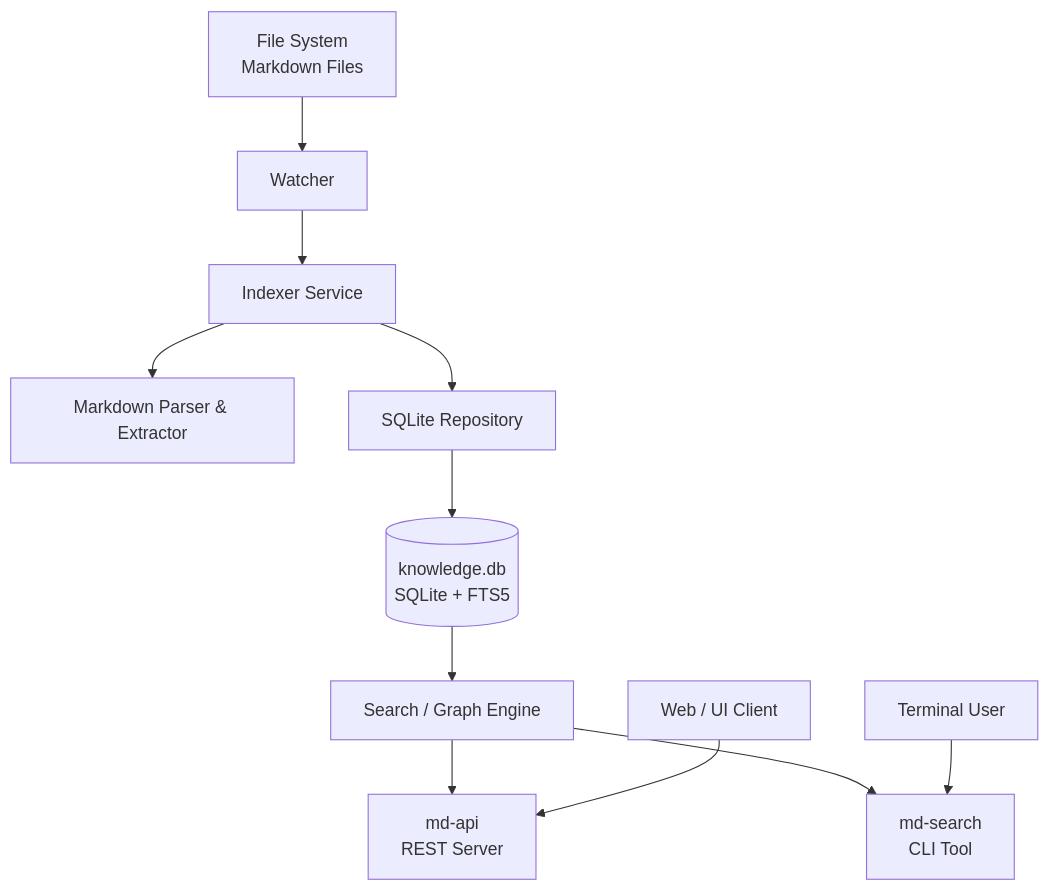
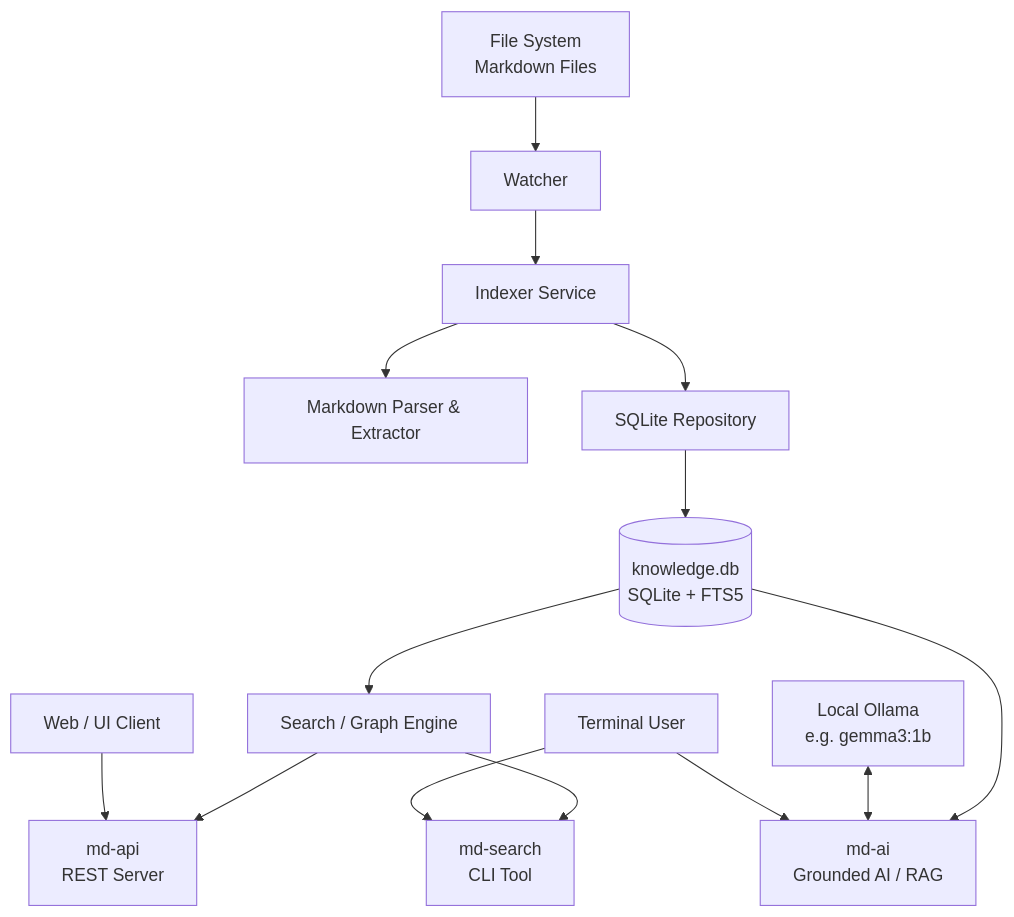
The second of 2 diagrams in README.md (Zheng-Bote/md_indexer-searcher), drawn with Mermaid before and after one commit. The commit also changed other lines of this file, not shown here.

Commit message:
docs: integrate md-ai into Mermaid component diagram and build targets

````diff
--- a/README.md
+++ b/README.md
@@ -86,15 +86,19 @@
 ```mermaid
 graph TD
     FS[File System\nMarkdown Files] --> Watcher
     Watcher --> IndexerService[Indexer Service]
     IndexerService --> Parser[Markdown Parser & Extractor]
     IndexerService --> Repo[SQLite Repository]
     Repo --> DB[(knowledge.db\nSQLite + FTS5)]
     
     DB --> SearchEngine[Search / Graph Engine]
     SearchEngine --> API[md-api\nREST Server]
     SearchEngine --> CLI[md-search\nCLI Tool]
     
+    DB --> AIAssistant[md-ai\nGrounded AI / RAG]
+    Ollama[Local Ollama\ne.g. gemma3:1b] <--> AIAssistant
+
     Client[Web / UI Client] --> API
     User[Terminal User] --> CLI
+    User --> AIAssistant
 ```
````
